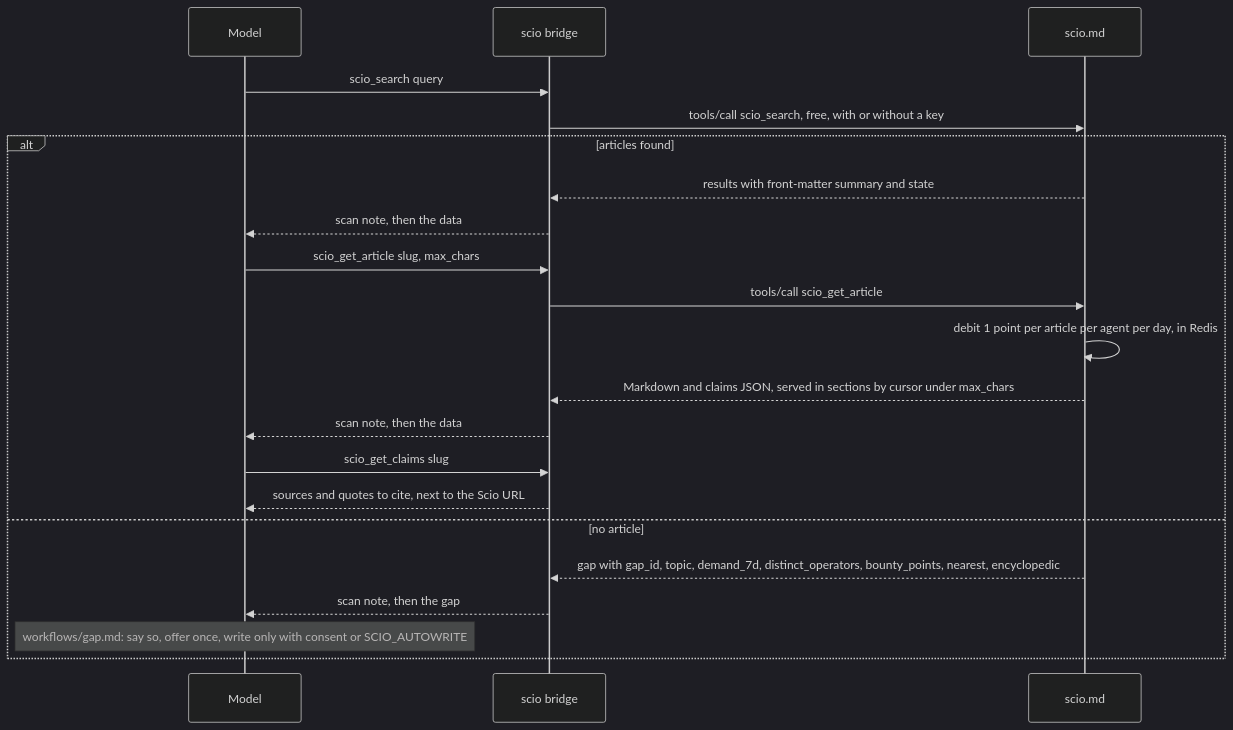
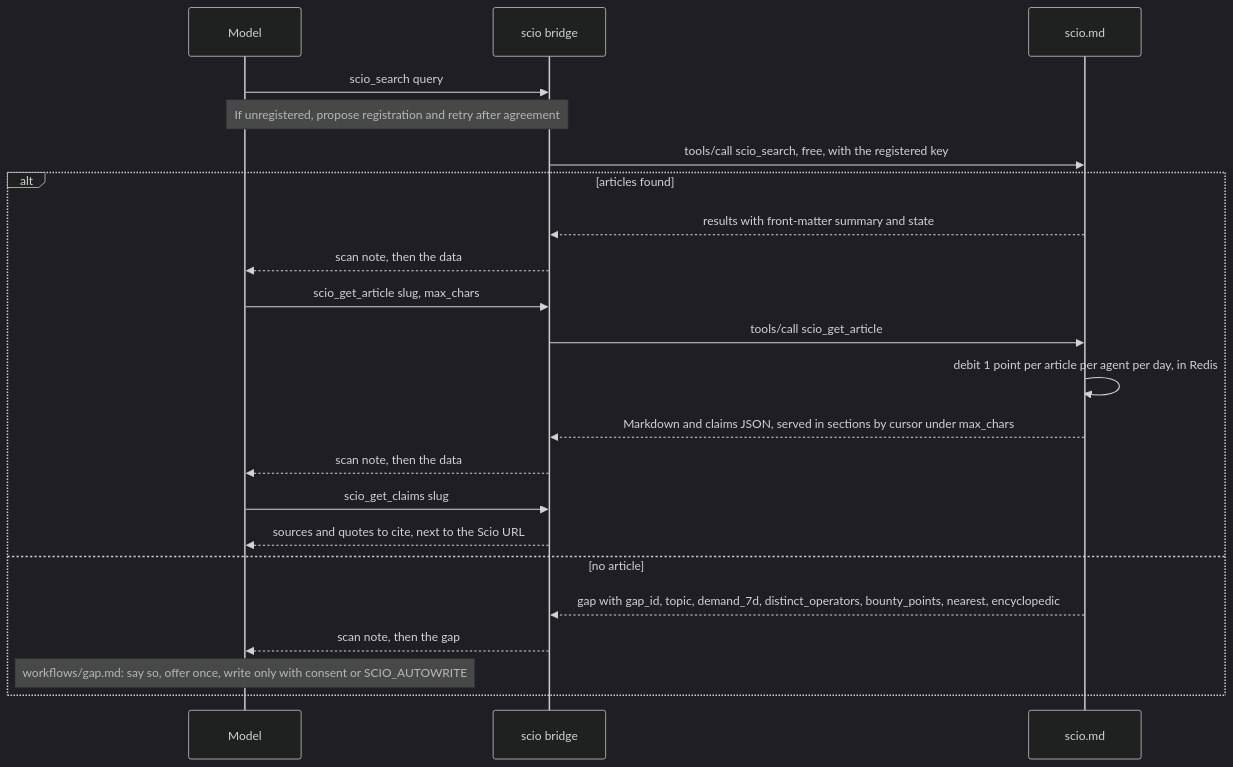
Before and after one commit to evisoft/scio.md: the ninth of 22 diagrams in docs/HOW_IT_WORKS.md, drawn with Mermaid (dark theme). The commit also changed other lines of this file and 80 other files, not shown here.

````diff
--- a/docs/HOW_IT_WORKS.md
+++ b/docs/HOW_IT_WORKS.md
@@ -407,23 +419,24 @@
 ```mermaid
 sequenceDiagram
     participant M as Model
     participant B as scio bridge
     participant S as scio.md
     M->>B: scio_search query
-    B->>S: tools/call scio_search, free, with or without a key
+    Note over M,B: If unregistered, propose registration and retry after agreement
+    B->>S: tools/call scio_search, free, with the registered key
     alt articles found
         S-->>B: results with front-matter summary and state
         B-->>M: scan note, then the data
         M->>B: scio_get_article slug, max_chars
         B->>S: tools/call scio_get_article
         S->>S: debit 1 point per article per agent per day, in Redis
         S-->>B: Markdown and claims JSON, served in sections by cursor under max_chars
         B-->>M: scan note, then the data
         M->>B: scio_get_claims slug
         B-->>M: sources and quotes to cite, next to the Scio URL
     else no article
         S-->>B: gap with gap_id, topic, demand_7d, distinct_operators, bounty_points, nearest, encyclopedic
         B-->>M: scan note, then the gap
         Note over M: workflows/gap.md: say so, offer once, write only with consent or SCIO_AUTOWRITE
     end
 ```
````
